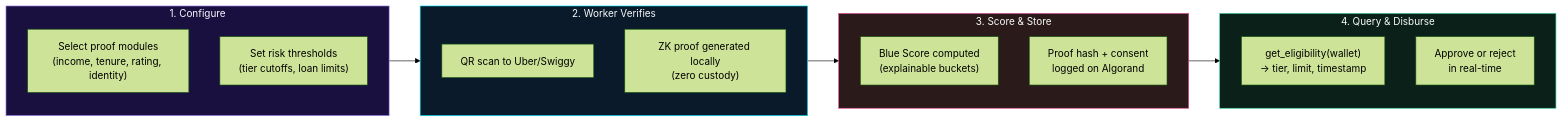
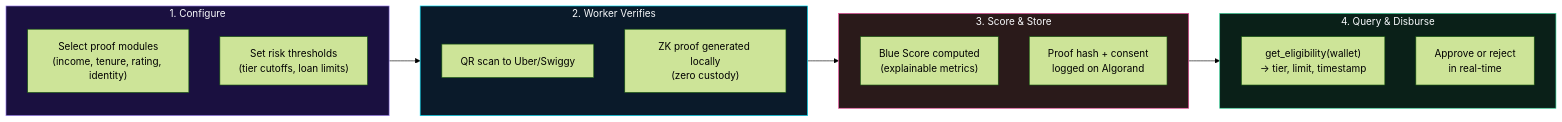
The first of 3 diagrams in README.md (SomehowLiving/Acre), drawn with Mermaid (forest theme) before and after one commit. The commit also changed other lines of this file and 17 other files, not shown here.

Commit message:
feat: enhance Acre verification contract and testnet deployment flow

````diff
--- a/README.md
+++ b/README.md
@@ -121,31 +121,31 @@
 ```mermaid
 flowchart LR
     subgraph CONFIG["1. Configure"]
         SELECT["Select proof modules<br/>(income, tenure, rating, identity)"]
         POLICY["Set risk thresholds<br/>(tier cutoffs, loan limits)"]
     end
 
     subgraph WORKER["2. Worker Verifies"]
         QR["QR scan to Uber/Swiggy"]
         PROOF["ZK proof generated locally<br/>(zero custody)"]
     end
 
     subgraph COMPUTE["3. Score & Store"]
-        SCORE["Blue Score computed<br/>(explainable buckets)"]
+        SCORE["Blue Score computed<br/>(explainable metrics)"]
         CHAIN["Proof hash + consent<br/>logged on Algorand"]
     end
 
     subgraph QUERY["4. Query & Disburse"]
         API["get_eligibility(wallet)<br/>→ tier, limit, timestamp"]
         DISBURSE["Approve or reject<br/>in real-time"]
     end
 
     CONFIG --> WORKER
     WORKER --> COMPUTE
     COMPUTE --> QUERY
 
     style CONFIG fill:#1a1040,stroke:#a78bfa,color:#f8fafc
     style WORKER fill:#0a1a2a,stroke:#00e5ff,color:#f8fafc
     style COMPUTE fill:#2a1a1a,stroke:#ec4899,color:#f8fafc
     style QUERY fill:#0a2018,stroke:#34d399,color:#f8fafc
 ```
````
